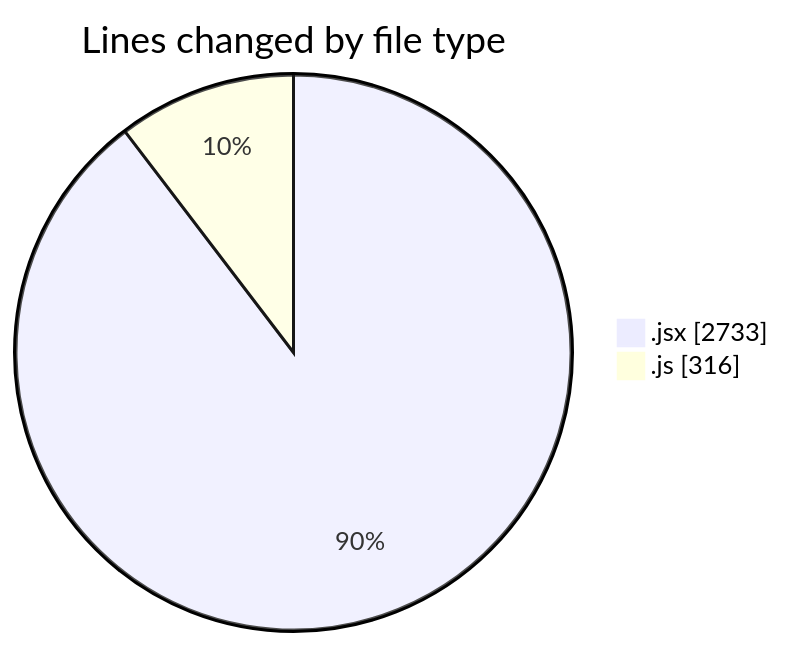
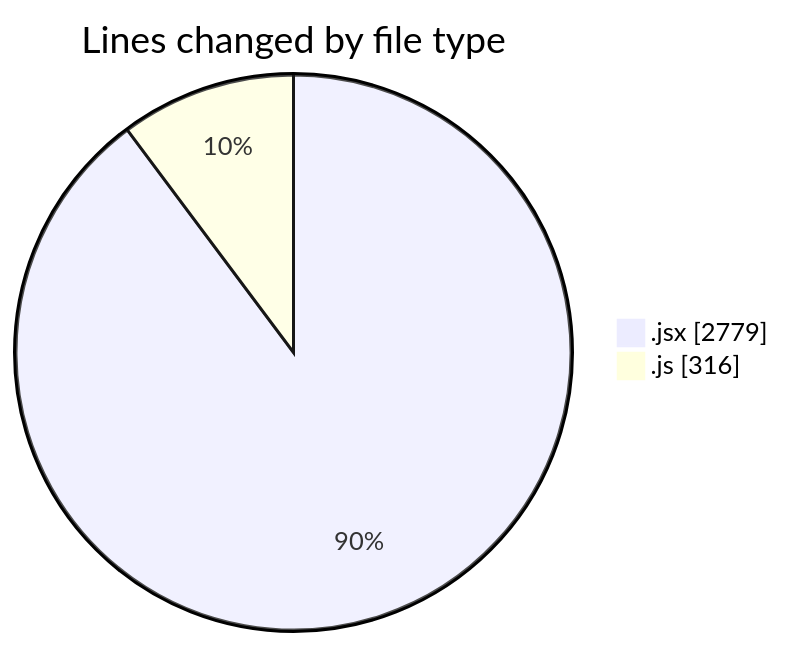
The first of 2 diagrams in 2025-07-10/argos/README.md (nxtqubesakshisongat/code-tracking), drawn with Mermaid before and after one commit. The commit also changed other lines of this file and 1 other file, not shown here.

````diff
--- a/2025-07-10/argos/README.md
+++ b/2025-07-10/argos/README.md
@@ -25,6 +25,6 @@
 ```mermaid
 pie showData
 title Lines changed by file type
-".jsx" : 2733
+".jsx" : 2779
 ".js" : 316
 ```
````
